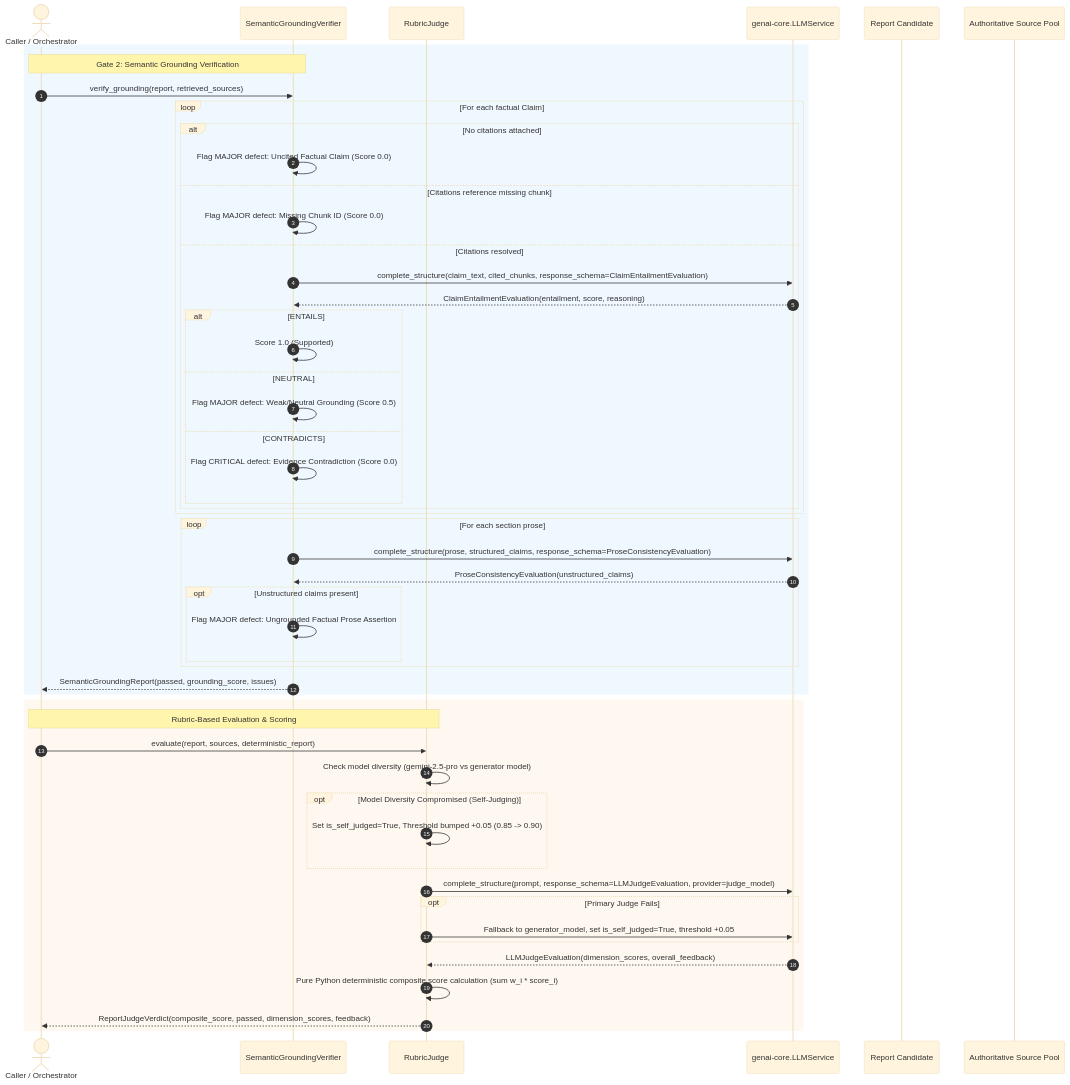
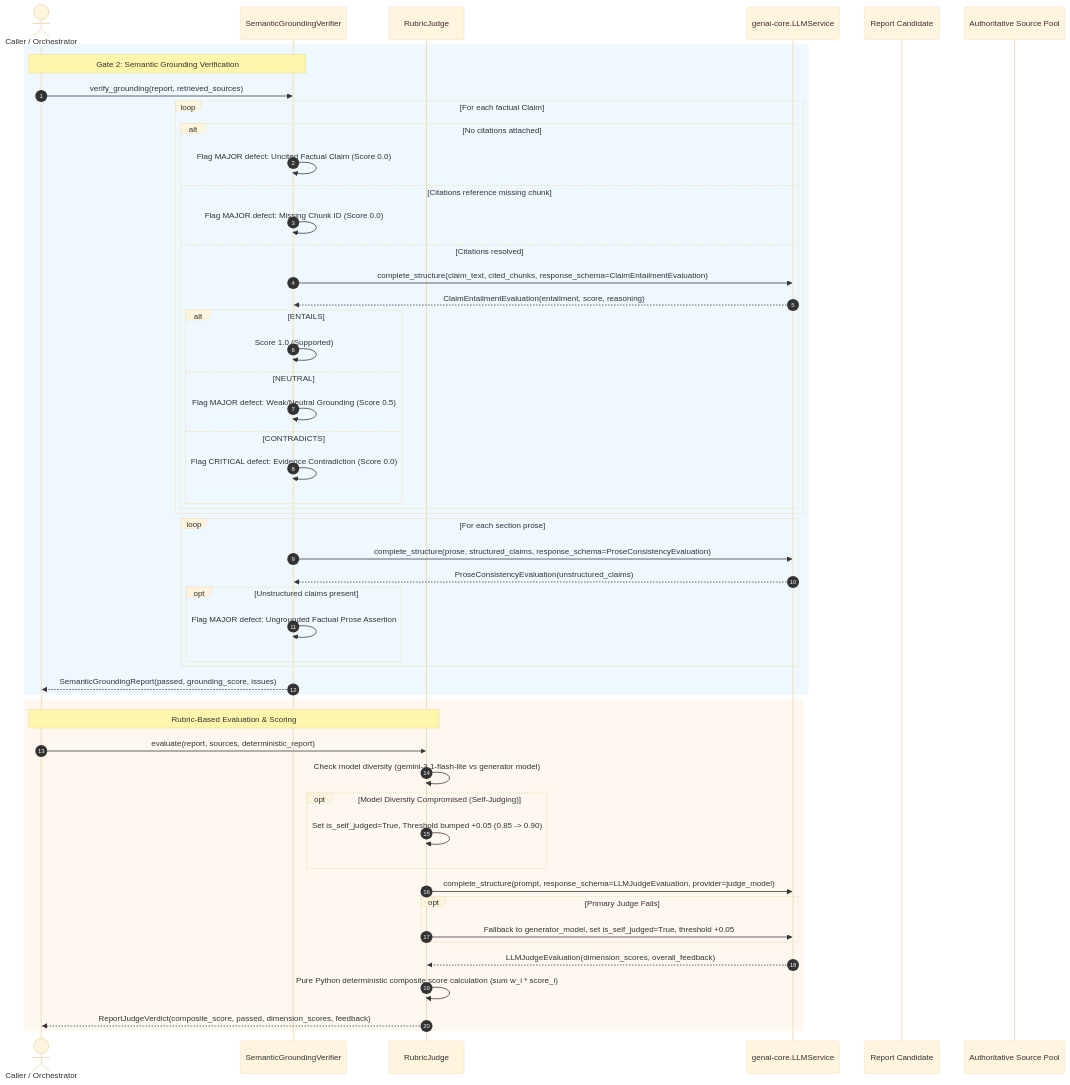
Before and after one commit to harshilkatharva/genai-engineer-journey: the fourth of 9 diagrams in module-19-reflection/docs/FLOW.md, drawn with Mermaid (base theme). The commit also changed other lines of this file and 2 other files, not shown here.

Commit message:
module-19 model changes describe in docs

````diff
--- a/module-19-reflection/docs/FLOW.md
+++ b/module-19-reflection/docs/FLOW.md
@@ -178,56 +178,56 @@
 ```mermaid
 sequenceDiagram
     autonumber
     actor Caller as Caller / Orchestrator
     participant G2 as SemanticGroundingVerifier
     participant Judge as RubricJudge
     participant LLM as genai-core.LLMService
     participant Report as Report Candidate
     participant Sources as Authoritative Source Pool
 
     rect rgb(240, 248, 255)
     Note over Caller,G2: Gate 2: Semantic Grounding Verification
     Caller->>G2: verify_grounding(report, retrieved_sources)
     loop For each factual Claim
         alt No citations attached
             G2->>G2: Flag MAJOR defect: Uncited Factual Claim (Score 0.0)
         else Citations reference missing chunk
             G2->>G2: Flag MAJOR defect: Missing Chunk ID (Score 0.0)
         else Citations resolved
             G2->>LLM: complete_structure(claim_text, cited_chunks, response_schema=ClaimEntailmentEvaluation)
             LLM-->>G2: ClaimEntailmentEvaluation(entailment, score, reasoning)
             alt ENTAILS
                 G2->>G2: Score 1.0 (Supported)
             else NEUTRAL
                 G2->>G2: Flag MAJOR defect: Weak/Neutral Grounding (Score 0.5)
             else CONTRADICTS
                 G2->>G2: Flag CRITICAL defect: Evidence Contradiction (Score 0.0)
             end
         end
     end
     loop For each section prose
         G2->>LLM: complete_structure(prose, structured_claims, response_schema=ProseConsistencyEvaluation)
         LLM-->>G2: ProseConsistencyEvaluation(unstructured_claims)
         opt Unstructured claims present
             G2->>G2: Flag MAJOR defect: Ungrounded Factual Prose Assertion
         end
     end
     G2-->>Caller: SemanticGroundingReport(passed, grounding_score, issues)
     end
 
     rect rgb(255, 248, 240)
     Note over Caller,Judge: Rubric-Based Evaluation & Scoring
     Caller->>Judge: evaluate(report, sources, deterministic_report)
-    Judge->>Judge: Check model diversity (gemini-2.5-pro vs generator model)
+    Judge->>Judge: Check model diversity (gemini-3.1-flash-lite vs generator model)
     opt Model Diversity Compromised (Self-Judging)
         Judge->>Judge: Set is_self_judged=True, Threshold bumped +0.05 (0.85 -> 0.90)
     end
     Judge->>LLM: complete_structure(prompt, response_schema=LLMJudgeEvaluation, provider=judge_model)
     opt Primary Judge Fails
         Judge->>LLM: Fallback to generator_model, set is_self_judged=True, threshold +0.05
     end
     LLM-->>Judge: LLMJudgeEvaluation(dimension_scores, overall_feedback)
     Judge->>Judge: Pure Python deterministic composite score calculation (sum w_i * score_i)
     Judge-->>Caller: ReportJudgeVerdict(composite_score, passed, dimension_scores, feedback)
     end
 ```
````
